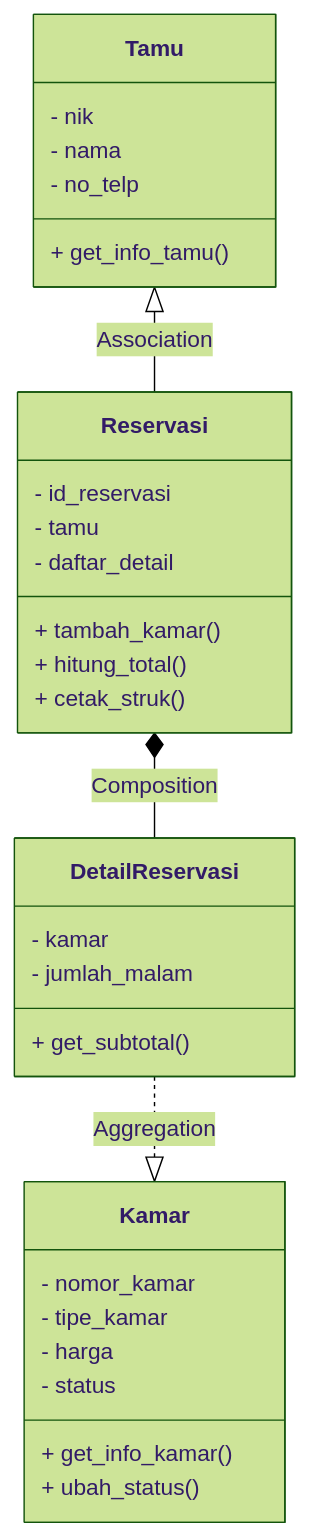
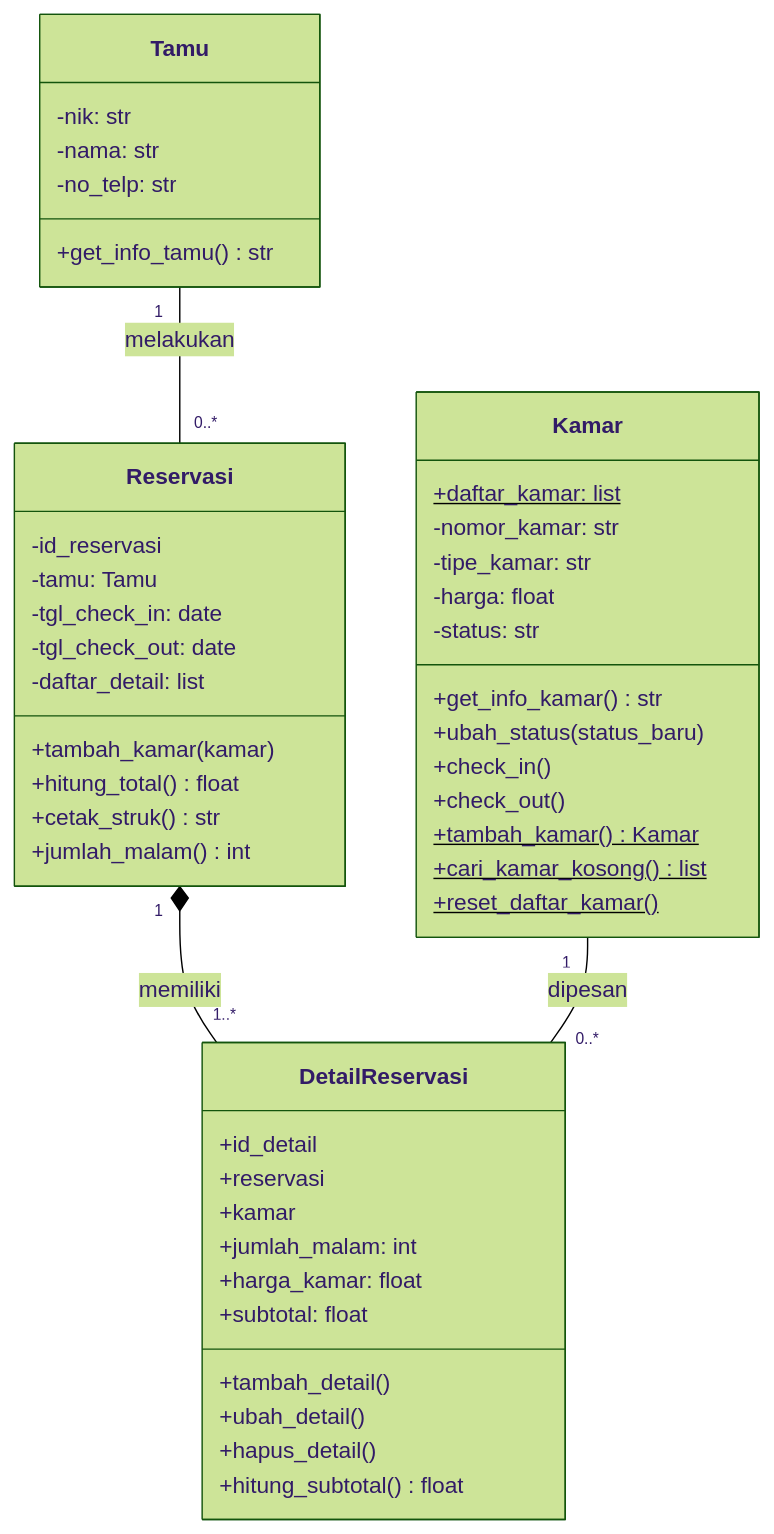
The diagram in README.md (fakhrularhaburrizqi/aplikasi-sistem-manajemen-reservasi-hotel), drawn with Mermaid (forest theme) before and after one commit. The commit also changed other lines of this file and 2 other files, not shown here.

Commit message:
Initial commit: aplikasi reservasi hotel MVC

````diff
--- a/README.md
+++ b/README.md
@@ -9,37 +9,53 @@
 ```mermaid
 classDiagram
     class Tamu {
-        - nik
-        - nama
-        - no_telp
-        + get_info_tamu()
+        -nik: str
+        -nama: str
+        -no_telp: str
+        +get_info_tamu() str
     }
 
     class Reservasi {
-        - id_reservasi
-        - tamu
-        - daftar_detail
-        + tambah_kamar()
-        + hitung_total()
-        + cetak_struk()
+        -id_reservasi
+        -tamu: Tamu
+        -tgl_check_in: date
+        -tgl_check_out: date
+        -daftar_detail: list
+        +tambah_kamar(kamar)
+        +hitung_total() float
+        +cetak_struk() str
+        +jumlah_malam() int
     }
 
     class DetailReservasi {
-        - kamar
-        - jumlah_malam
-        + get_subtotal()
+        +id_detail
+        +reservasi
+        +kamar
+        +jumlah_malam: int
+        +harga_kamar: float
+        +subtotal: float
+        +tambah_detail()
+        +ubah_detail()
+        +hapus_detail()
+        +hitung_subtotal() float
     }
 
     class Kamar {
-        - nomor_kamar
-        - tipe_kamar
-        - harga
-        - status
-        + get_info_kamar()
-        + ubah_status()
+        +daftar_kamar: list$
+        -nomor_kamar: str
+        -tipe_kamar: str
+        -harga: float
+        -status: str
+        +get_info_kamar() str
+        +ubah_status(status_baru)
+        +check_in()
+        +check_out()
+        +tambah_kamar()$ Kamar
+        +cari_kamar_kosong()$ list
+        +reset_daftar_kamar()$
     }
 
-    Tamu <|-- Reservasi : Association
-    Reservasi *-- DetailReservasi : Composition
-    DetailReservasi ..|> Kamar : Aggregation
+    Tamu "1" -- "0..*" Reservasi : melakukan
+    Reservasi "1" *-- "1..*" DetailReservasi : memiliki
+    Kamar "1" -- "0..*" DetailReservasi : dipesan
 ```
````
